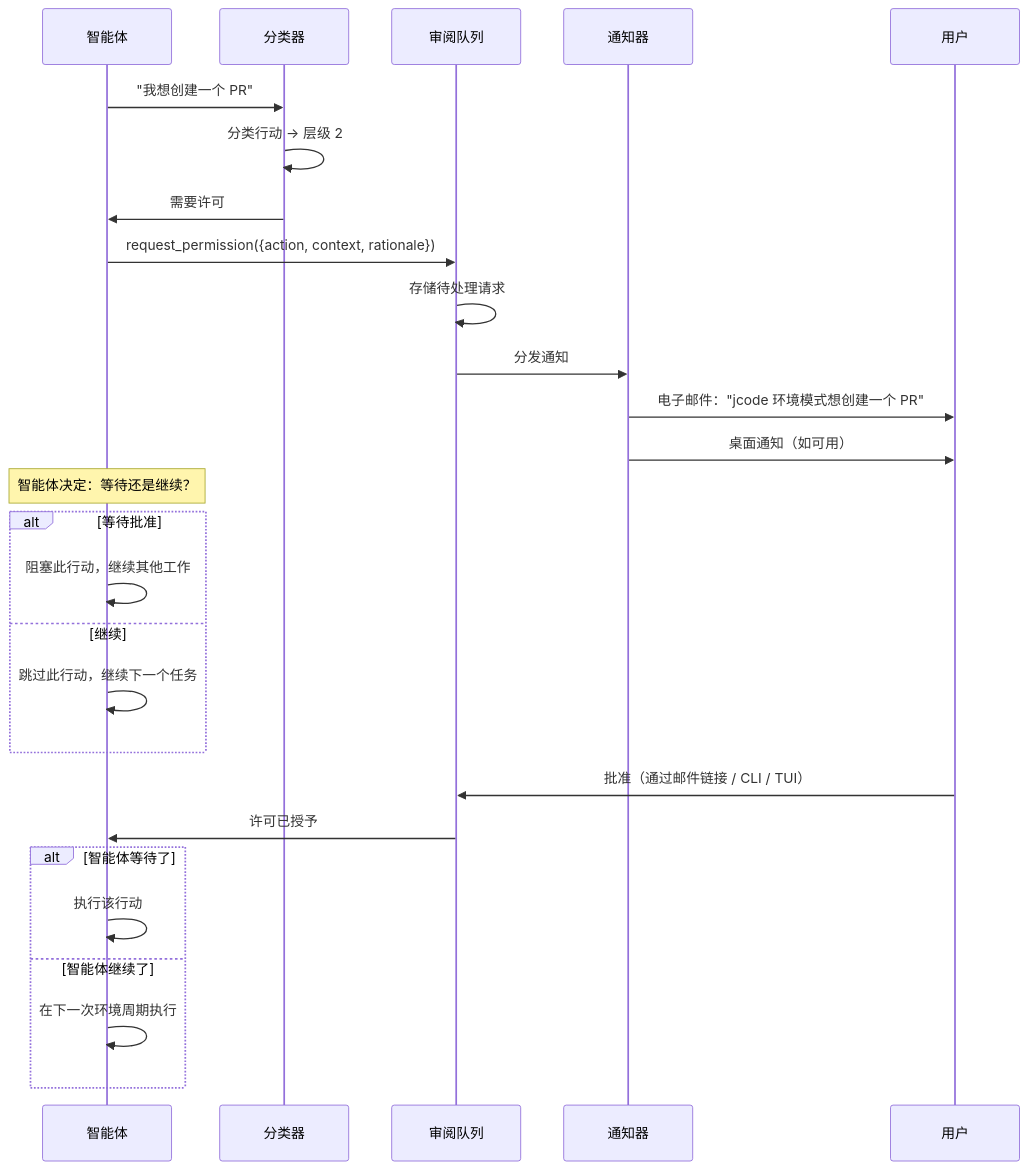
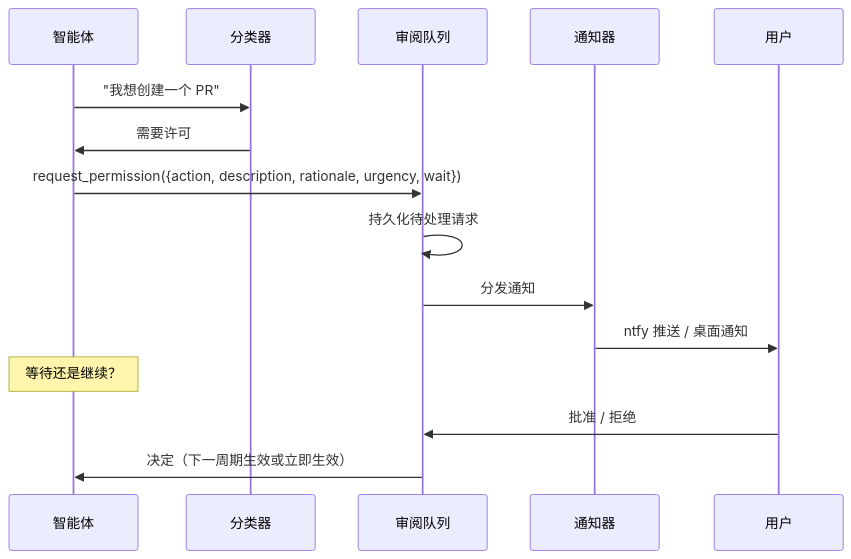
One commit to klaus2918/jcode changed the diagram in docs/安全系统.md. Above: the diagram before and after it, drawn with Mermaid. The commit also changed other lines of this file and 86 other files, not shown here.

````diff
--- a/docs/安全系统.md
+++ b/docs/安全系统.md
@@ -154,35 +37,17 @@
 ```mermaid
 sequenceDiagram
     participant AG as 智能体
     participant CL as 分类器
     participant RQ as 审阅队列
     participant NF as 通知器
     participant US as 用户
-
     AG->>CL: "我想创建一个 PR"
-    CL->>CL: 分类行动 → 层级 2
     CL->>AG: 需要许可
-
-    AG->>RQ: request_permission({action, context, rationale})
-    RQ->>RQ: 存储待处理请求
+    AG->>RQ: request_permission({action, description, rationale, urgency, wait})
+    RQ->>RQ: 持久化待处理请求
     RQ->>NF: 分发通知
-
-    NF->>US: 电子邮件："jcode 环境模式想创建一个 PR"
-    NF->>US: 桌面通知（如可用）
-
-    Note over AG: 智能体决定：等待还是继续？
-    alt 等待批准
-        AG->>AG: 阻塞此行动，继续其他工作
-    else 继续
-        AG->>AG: 跳过此行动，继续下一个任务
-    end
-
-    US->>RQ: 批准（通过邮件链接 / CLI / TUI）
-    RQ->>AG: 许可已授予
-
-    alt 智能体等待了
-        AG->>AG: 执行该行动
-    else 智能体继续了
-        AG->>AG: 在下一次环境周期执行
-    end
+    NF->>US: ntfy 推送 / 桌面通知
+    Note over AG: 等待还是继续？
+    US->>RQ: 批准 / 拒绝
+    RQ->>AG: 决定（下一周期生效或立即生效）
 ```
````
